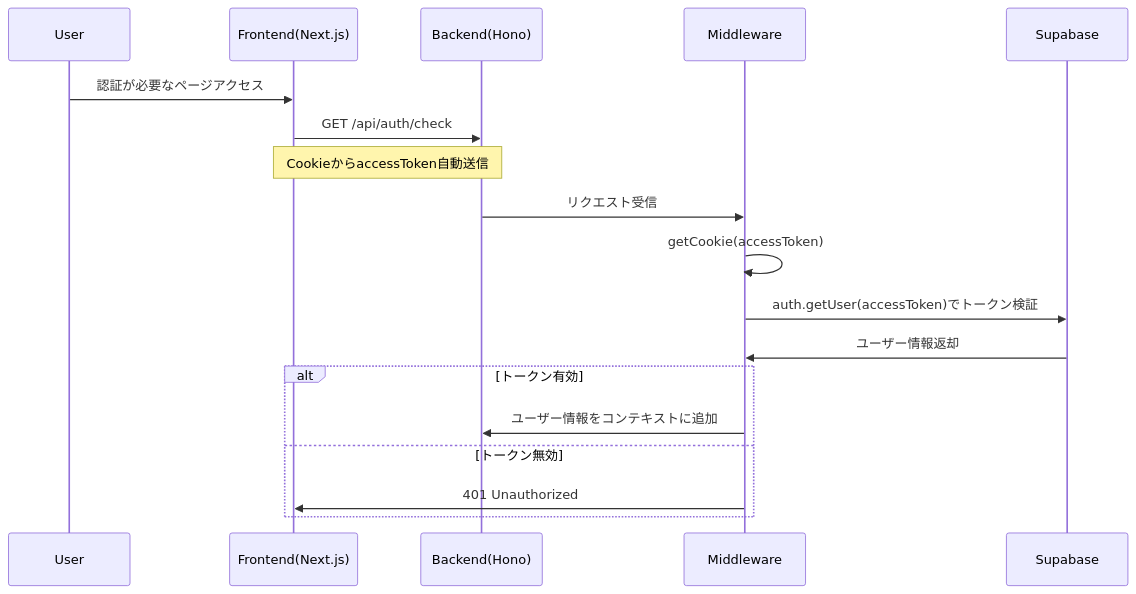
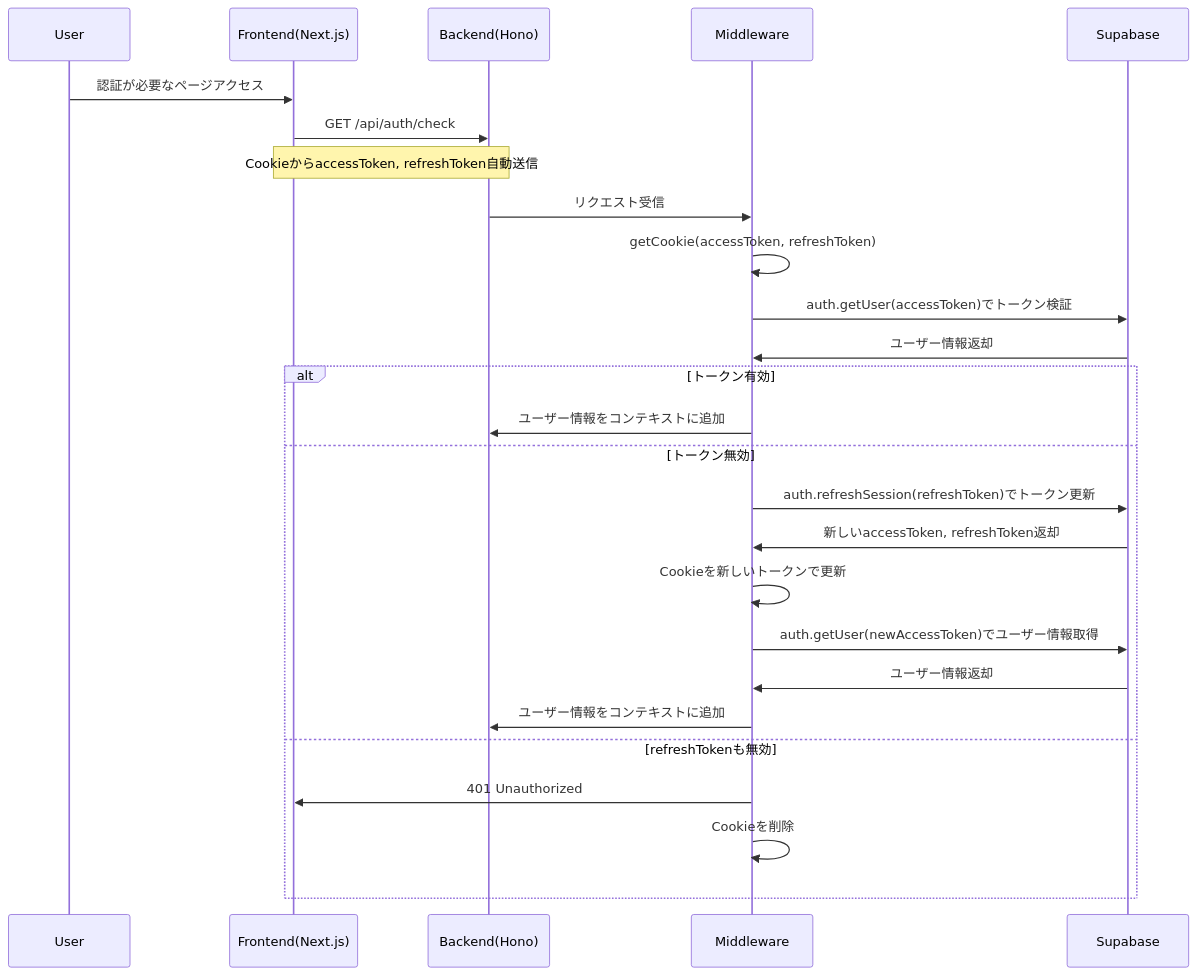
The third of 5 diagrams in docs/station3/doc.md (Takuya0202/foodsnap), drawn with Mermaid before and after one commit. The commit also changed other lines of this file and 1 other file, not shown here.

````diff
--- a/docs/station3/doc.md
+++ b/docs/station3/doc.md
@@ -122,23 +122,31 @@
 ```mermaid
 sequenceDiagram
   participant U as User
   participant F as Frontend(Next.js)
   participant B as Backend(Hono)
   participant M as Middleware
   participant DB as Supabase
 
   U->>F: 認証が必要なページアクセス
   F->>B: GET /api/auth/check
-  Note over F,B: CookieからaccessToken自動送信
+  Note over F,B: CookieからaccessToken, refreshToken自動送信
   
   B->>M: リクエスト受信
-  M->>M: getCookie(accessToken)
+  M->>M: getCookie(accessToken, refreshToken)
   M->>DB: auth.getUser(accessToken)でトークン検証
   DB->>M: ユーザー情報返却
   
   alt トークン有効
     M->>B: ユーザー情報をコンテキストに追加
   else トークン無効
+    M->>DB: auth.refreshSession(refreshToken)でトークン更新
+    DB->>M: 新しいaccessToken, refreshToken返却
+    M->>M: Cookieを新しいトークンで更新
+    M->>DB: auth.getUser(newAccessToken)でユーザー情報取得
+    DB->>M: ユーザー情報返却
+    M->>B: ユーザー情報をコンテキストに追加
+  else refreshTokenも無効
     M->>F: 401 Unauthorized
+    M->>M: Cookieを削除
   end
 ```
````
